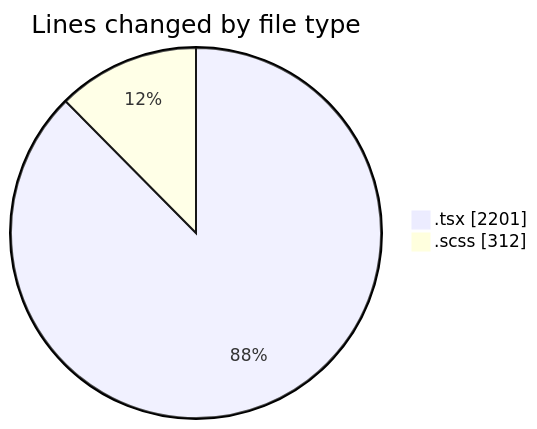
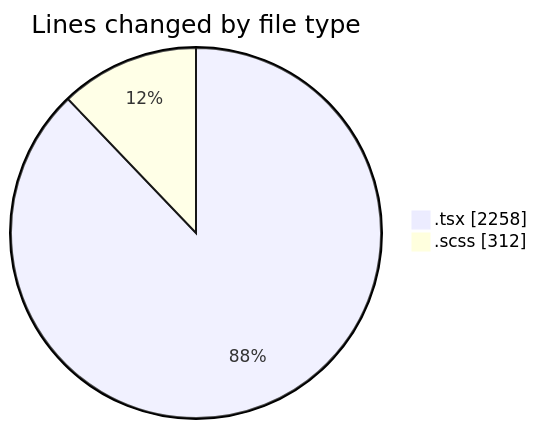
Before and after one commit to momahboobian/code-tracking: the first of 2 diagrams in 2025-09-30/cda/README.md, drawn with Mermaid. The commit also changed other lines of this file and 1 other file, not shown here.

````diff
--- a/2025-09-30/cda/README.md
+++ b/2025-09-30/cda/README.md
@@ -23,6 +23,6 @@
 ```mermaid
 pie showData
 title Lines changed by file type
-".tsx" : 2201
+".tsx" : 2258
 ".scss" : 312
 ```
````
